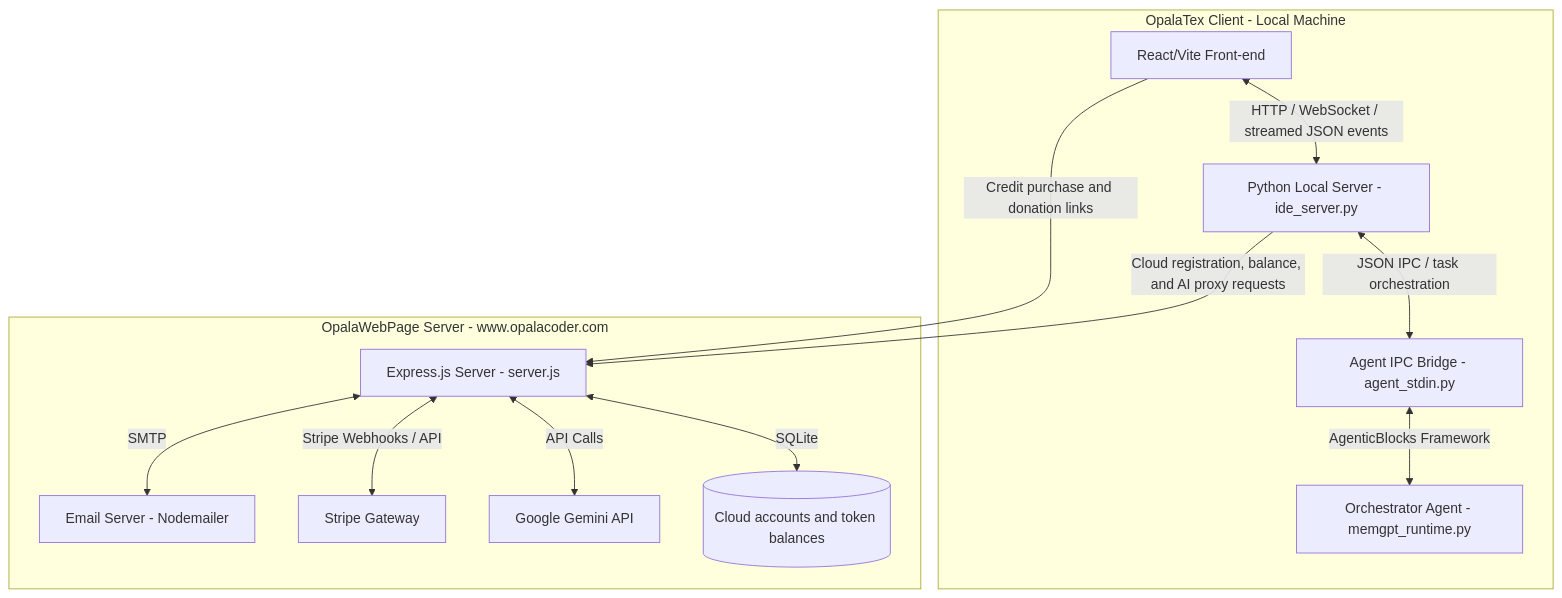
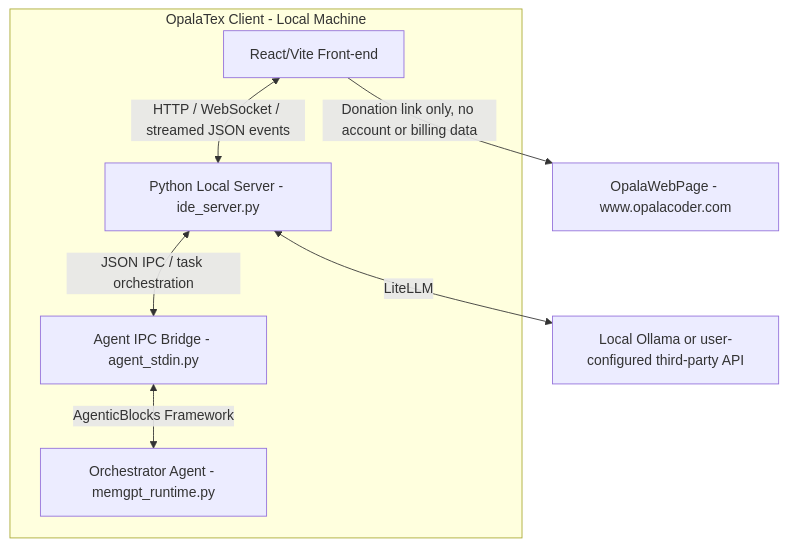
One commit to opalacoderdev/OpalaTex changed the diagram in PROJECT_DESIGN.md. Above: the diagram before and after it, drawn with Mermaid. The commit also changed other lines of this file and 33 other files, not shown here.

````diff
--- a/PROJECT_DESIGN.md
+++ b/PROJECT_DESIGN.md
@@ -11,18 +11,11 @@
 ```mermaid
 graph TD
     subgraph Client [OpalaTex Client - Local Machine]
         FE[React/Vite Front-end] <-->|HTTP / WebSocket / streamed JSON events| BE[Python Local Server - ide_server.py]
         BE <-->|JSON IPC / task orchestration| Bridge[Agent IPC Bridge - agent_stdin.py]
         Bridge <-->|AgenticBlocks Framework| Agent[Orchestrator Agent - memgpt_runtime.py]
     end
 
-    subgraph Remote [OpalaWebPage Server - www.opalacoder.com]
-        Srv[Express.js Server - server.js] <-->|SQLite| DB[(Cloud accounts and token balances)]
-        Srv <-->|API Calls| Gemini[Google Gemini API]
-        Srv <-->|Stripe Webhooks / API| Stripe[Stripe Gateway]
-        Srv <-->|SMTP| Email[Email Server - Nodemailer]
-    end
-
-    FE -->|Credit purchase and donation links| Srv
-    BE -->|Cloud registration, balance, and AI proxy requests| Srv
+    BE <-->|LiteLLM| Provider[Local Ollama or user-configured third-party API]
+    FE -->|Donation link only, no account or billing data| Web[OpalaWebPage - www.opalacoder.com]
 ```
````
